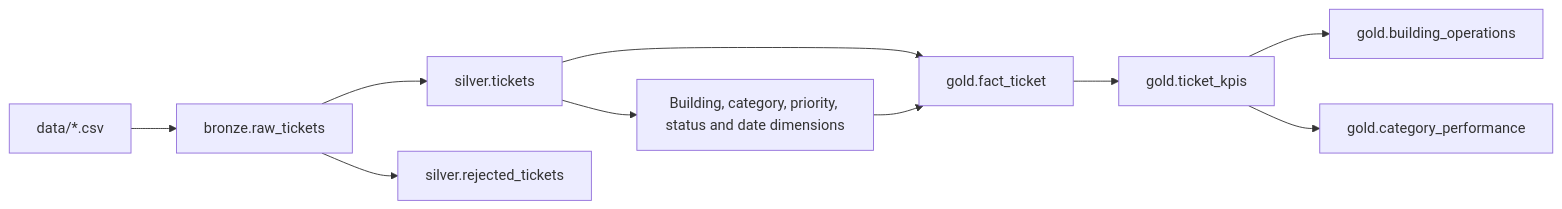
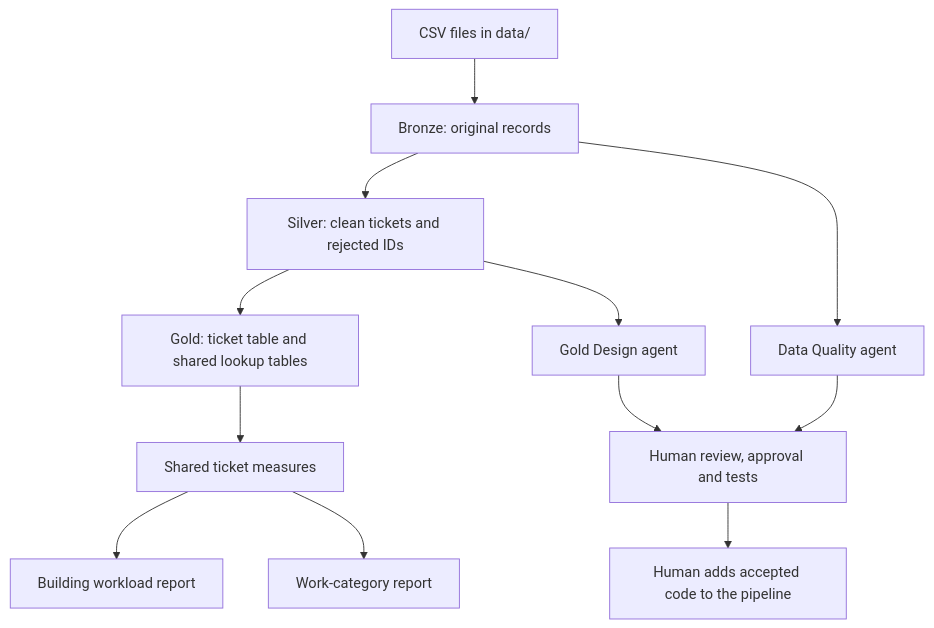
Before and after one commit to rahulagarwak-ds/tickets: the diagram in README.md, drawn with Mermaid. The commit also changed other lines of this file and 1 other file, not shown here.

````diff
--- a/README.md
+++ b/README.md
@@ -161,12 +48,14 @@
 ```mermaid
-flowchart LR
-    CSV["data/*.csv"] --> B["bronze.raw_tickets"]
-    B --> S["silver.tickets"]
-    B --> R["silver.rejected_tickets"]
-    S --> F["gold.fact_ticket"]
-    S --> D["Building, category, priority, status and date dimensions"]
-    D --> F
-    F --> K["gold.ticket_kpis"]
-    K --> O["gold.building_operations"]
-    K --> C["gold.category_performance"]
+flowchart TD
+    CSV["CSV files in data/"] --> B["Bronze: original records"]
+    B --> S["Silver: clean tickets and rejected IDs"]
+    S --> F["Gold: ticket table and shared lookup tables"]
+    F --> K["Shared ticket measures"]
+    K --> O["Building workload report"]
+    K --> C["Work-category report"]
+    B --> DQ["Data Quality agent"]
+    S --> GD["Gold Design agent"]
+    DQ --> R["Human review, approval and tests"]
+    GD --> R
+    R --> I["Human adds accepted code to the pipeline"]
 ```
````
